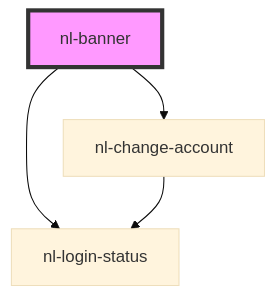
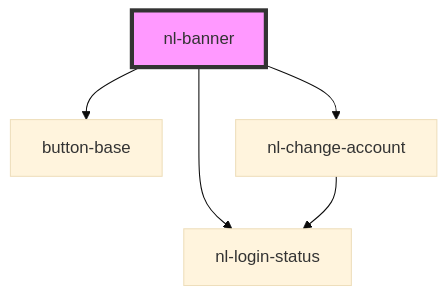
The diagram in packages/components/src/components/nl-banner/readme.md (nostrband/nostr-login), drawn with Mermaid (base theme) before and after one commit. The commit also changed other lines of this file and 31 other files, not shown here.

Commit message:
Add local signup flow

````diff
--- a/packages/components/src/components/nl-banner/readme.md
+++ b/packages/components/src/components/nl-banner/readme.md
@@ -41,7 +44,8 @@
 ```mermaid
 graph TD;
   nl-banner --> nl-login-status
+  nl-banner --> button-base
   nl-banner --> nl-change-account
   nl-change-account --> nl-login-status
   style nl-banner fill:#f9f,stroke:#333,stroke-width:4px
 ```
````
